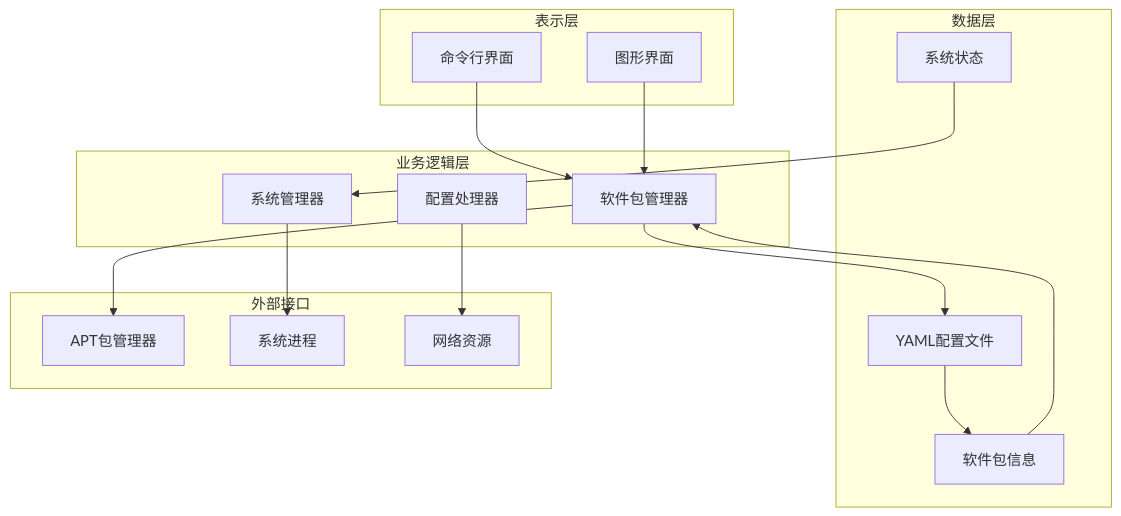
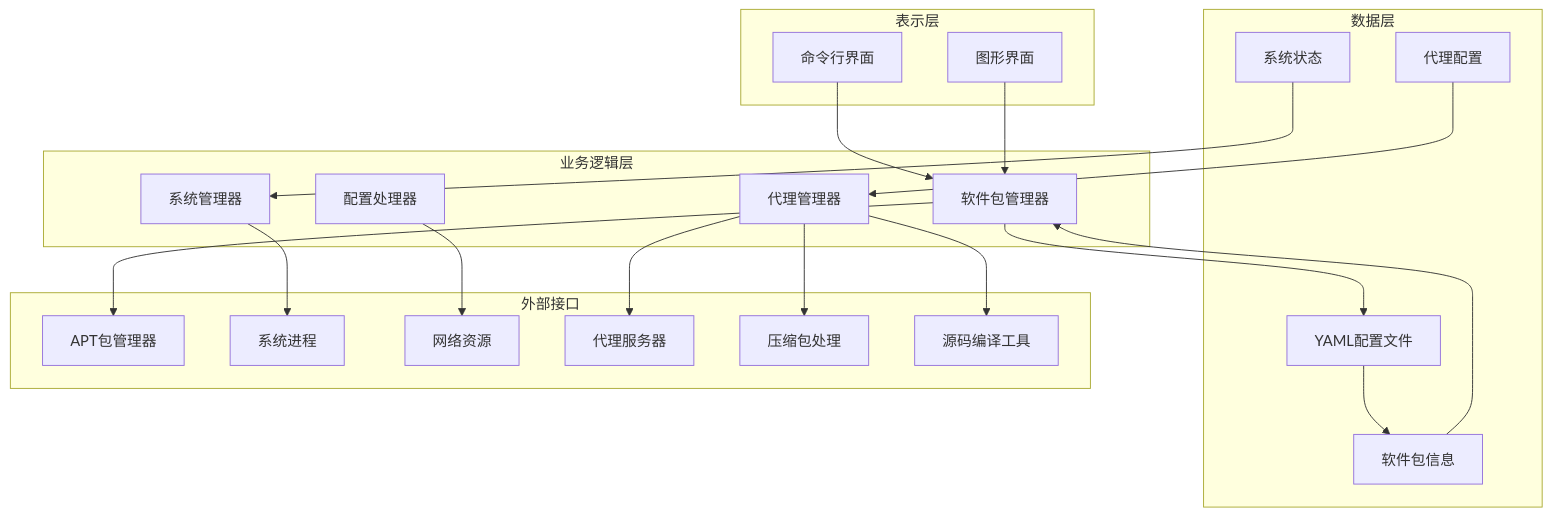
The second of 13 diagrams in .qoder/repowiki/zh/content/核心功能/核心功能.md (firestrongarch/install), drawn with Mermaid before and after one commit. The commit also changed other lines of this file and 5 other files, not shown here.

````diff
--- a/.qoder/repowiki/zh/content/核心功能/核心功能.md
+++ b/.qoder/repowiki/zh/content/核心功能/核心功能.md
@@ -132,31 +154,40 @@
 ```mermaid
 graph TB
 subgraph "表示层"
 A[命令行界面]
 B[图形界面]
 end
 subgraph "业务逻辑层"
 C[软件包管理器]
 D[系统管理器]
 E[配置处理器]
+F[代理管理器]
 end
 subgraph "数据层"
-F[YAML配置文件]
-G[系统状态]
-H[软件包信息]
+G[YAML配置文件]
+H[系统状态]
+I[软件包信息]
+J[代理配置]
 end
 subgraph "外部接口"
-I[APT包管理器]
-J[系统进程]
-K[网络资源]
+K[APT包管理器]
+L[系统进程]
+M[网络资源]
+N[代理服务器]
+O[压缩包处理]
+P[源码编译工具]
 end
 A --> C
 B --> C
-C --> F
-C --> I
-D --> J
-E --> K
-F --> H
-G --> D
-H --> C
+C --> G
+C --> K
+D --> L
+E --> M
+F --> N
+F --> O
+F --> P
+G --> I
+J --> F
+H --> D
+I --> C
 ```
````
